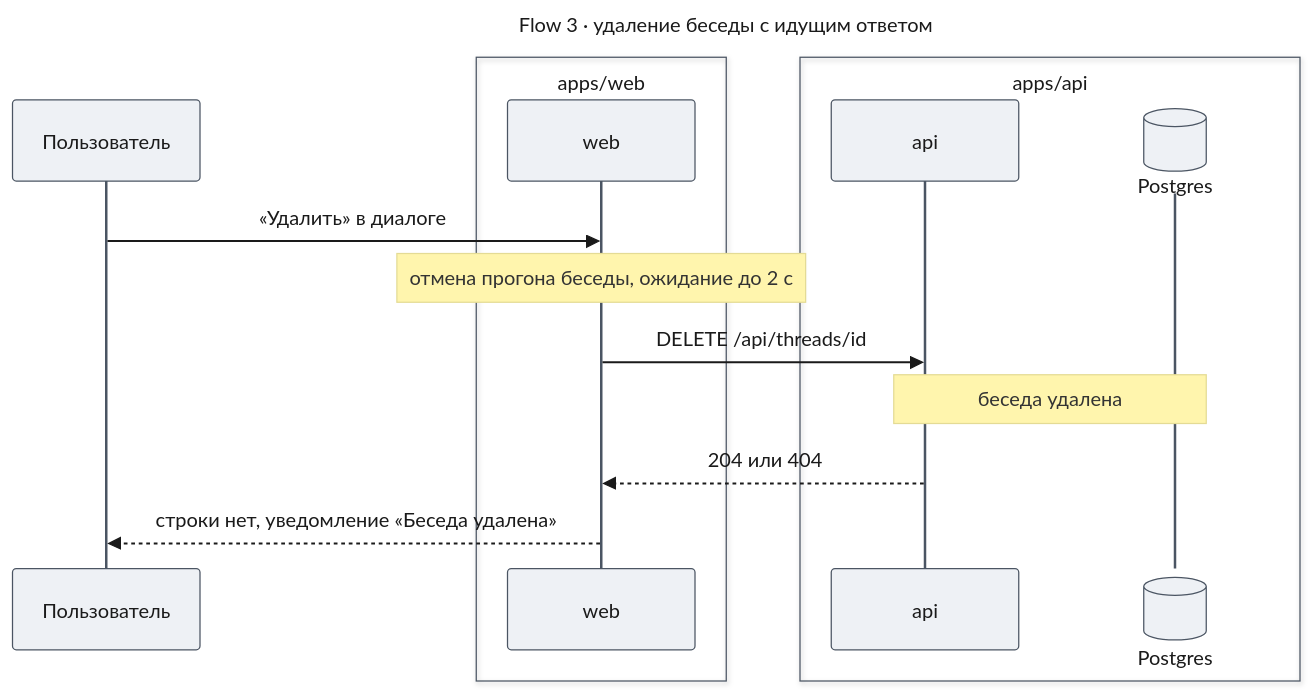
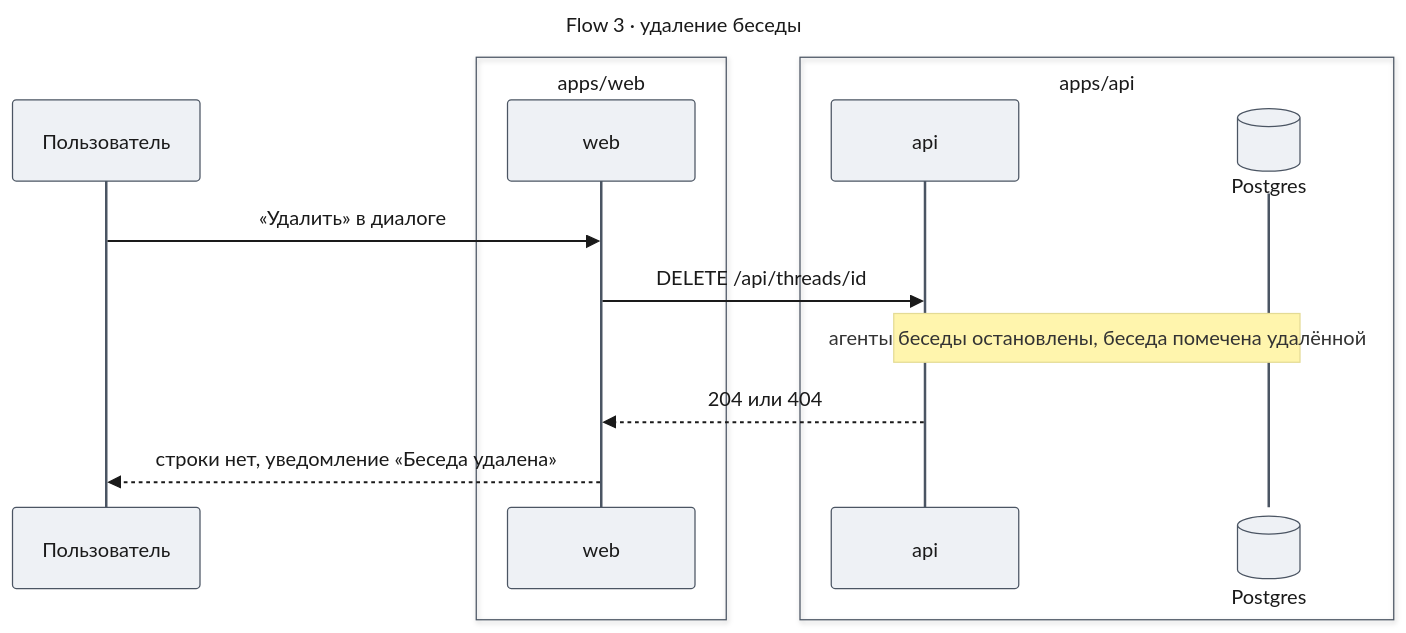
One commit to tundraray/agent-os changed the seventh of 8 diagrams in docs/features/chat-shell/design-web-shell.md. Above: the diagram before and after it, drawn with Mermaid. The commit also changed other lines of this file and 1225 other files, not shown here.

````diff
--- a/docs/features/chat-shell/design-web-shell.md
+++ b/docs/features/chat-shell/design-web-shell.md
@@ -917,34 +599,33 @@
 ```mermaid
 ---
-title: "Flow 3 · удаление беседы с идущим ответом"
+title: "Flow 3 · удаление беседы"
 config:
   theme: base
   look: classic
   themeVariables:
     primaryColor: "#eef1f5"
     primaryBorderColor: "#4b5563"
     primaryTextColor: "#1a1a1a"
     lineColor: "#6b7280"
   themeCSS: |
     @keyframes lit_f3{0%,22.5%{stroke:#991b1b;stroke-width:6px}25.0%,100%{stroke:#37474f;stroke-width:2px}}
     .messageLine0[data-id='i0'],.messageLine1[data-id='i0']{animation:lit_f3 4.8s linear 0.0s infinite}
-    .messageLine0[data-id='i2'],.messageLine1[data-id='i2']{animation:lit_f3 4.8s linear 1.2s infinite}
-    .messageLine0[data-id='i4'],.messageLine1[data-id='i4']{animation:lit_f3 4.8s linear 2.4s infinite}
-    .messageLine0[data-id='i5'],.messageLine1[data-id='i5']{animation:lit_f3 4.8s linear 3.6s infinite}
+    .messageLine0[data-id='i1'],.messageLine1[data-id='i1']{animation:lit_f3 4.8s linear 1.2s infinite}
+    .messageLine0[data-id='i3'],.messageLine1[data-id='i3']{animation:lit_f3 4.8s linear 2.4s infinite}
+    .messageLine0[data-id='i4'],.messageLine1[data-id='i4']{animation:lit_f3 4.8s linear 3.6s infinite}
 ---
 sequenceDiagram
     participant U as Пользователь
     box apps/web
         participant W as web
     end
     box apps/api
         participant A as api
         participant D@{ "type": "database" } as Postgres
     end
     U->>W: «Удалить» в диалоге
-    Note over W: отмена прогона беседы, ожидание до 2 с
     W->>A: DELETE /api/threads/id
-    Note over A,D: беседа удалена
+    Note over A,D: агенты беседы остановлены, беседа помечена удалённой
     A-->>W: 204 или 404
     W-->>U: строки нет, уведомление «Беседа удалена»
 ```
````
